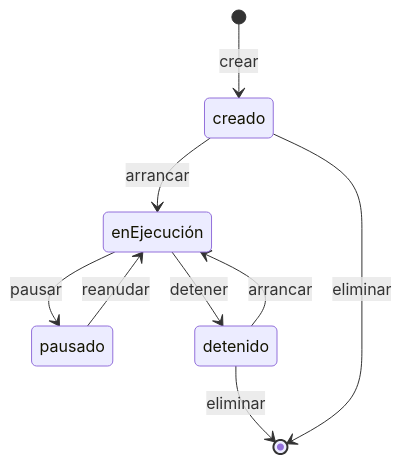
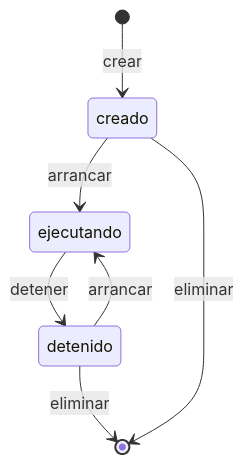
Before and after one commit to alejandroroig/despliegue-daw: the first of 2 diagrams in docs/tema2/fundamentos-contenedores.md, drawn with Mermaid. The commit also changed other lines of this file and 12 other files, not shown here.

````diff
--- a/docs/tema2/fundamentos-contenedores.md
+++ b/docs/tema2/fundamentos-contenedores.md
@@ -161,11 +209,9 @@
 ```mermaid
 stateDiagram-v2
     [*] --> creado: crear
-    creado --> enEjecución: arrancar
-    enEjecución --> pausado: pausar
-    pausado --> enEjecución: reanudar
-    enEjecución --> detenido: detener
-    detenido --> enEjecución: arrancar
+    creado --> ejecutando: arrancar
+    ejecutando --> detenido: detener
+    detenido --> ejecutando: arrancar
     detenido --> [*]: eliminar
     creado --> [*]: eliminar
 ```
````
